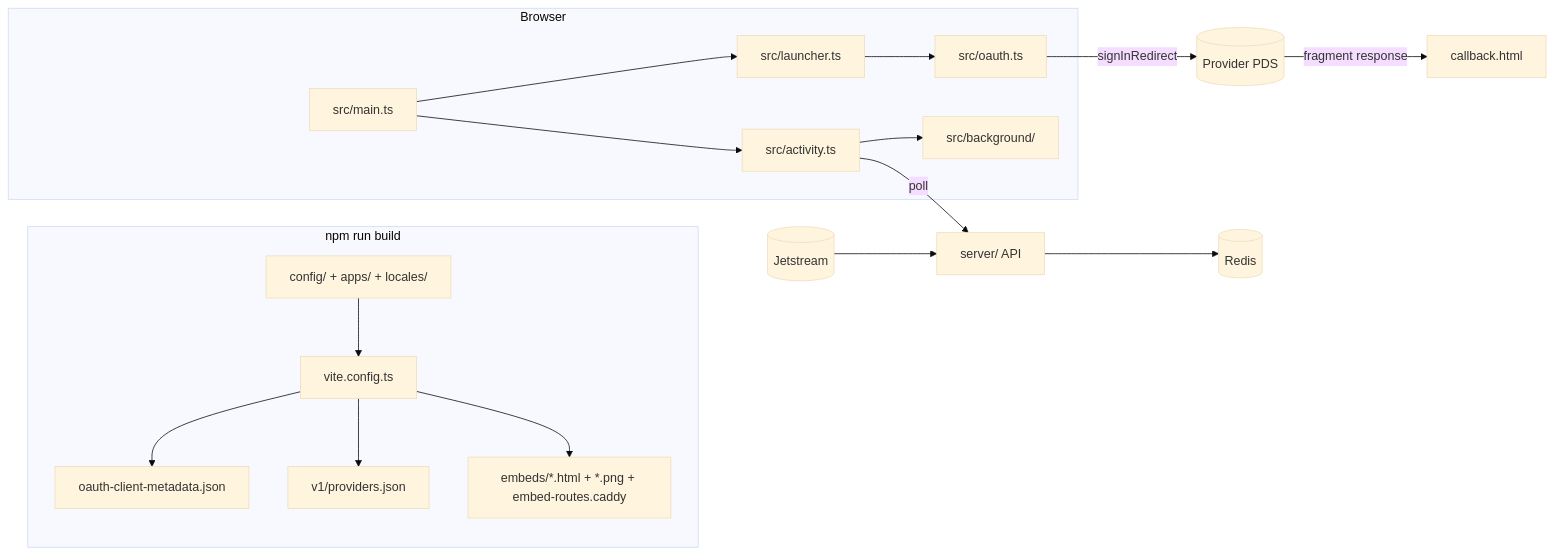
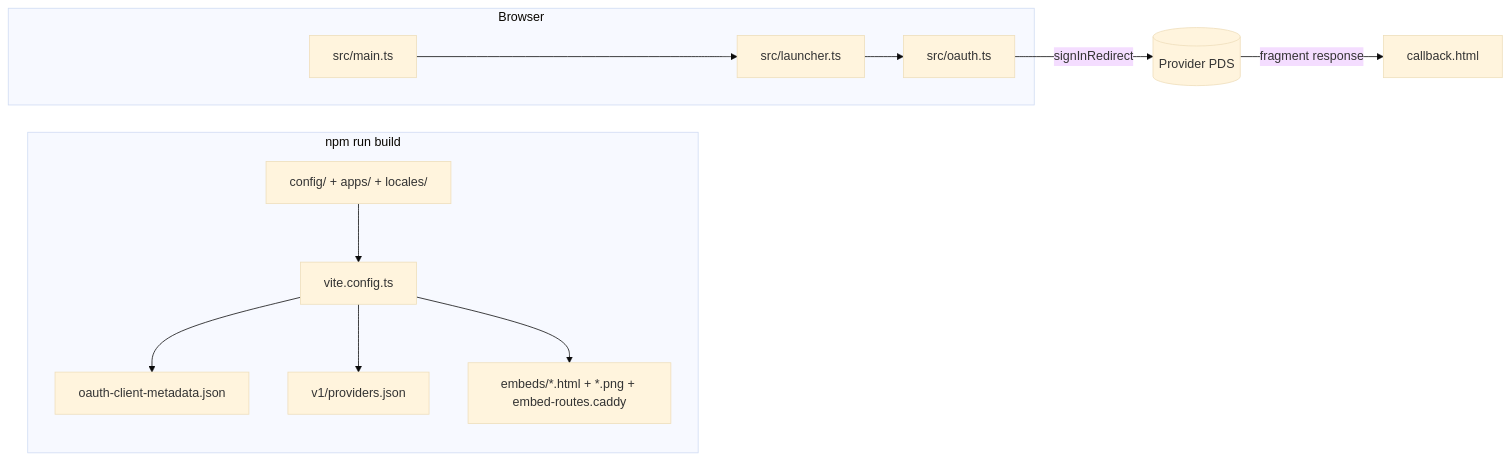
Before and after one commit to solimaniac/launcher-at: the diagram in AGENTS.md, drawn with Mermaid (base theme). The commit also changed other lines of this file and 49 other files, not shown here.

Commit message:
Remove activity backend, background animation, and join counts

````diff
--- a/AGENTS.md
+++ b/AGENTS.md
@@ -28,19 +27,15 @@
 ```mermaid
 flowchart LR
   subgraph Build["npm run build"]
     cfg[config/ + apps/ + locales/] --> vite[vite.config.ts]
     vite --> meta[oauth-client-metadata.json]
     vite --> reg[v1/providers.json]
     vite --> embeds[embeds/*.html + *.png + embed-routes.caddy]
   end
   subgraph Browser
     main[src/main.ts] --> launcher[src/launcher.ts]
     launcher --> oauth[src/oauth.ts]
-    main --> activity[src/activity.ts] --> launches[src/background/]
   end
   oauth -- signInRedirect --> PDS[(Provider PDS)]
   PDS -- fragment response --> callback[callback.html]
-  activity -- poll --> server[server/ API]
-  server --> redis[(Redis)]
-  jet[(Jetstream)] --> server
 ```
````
